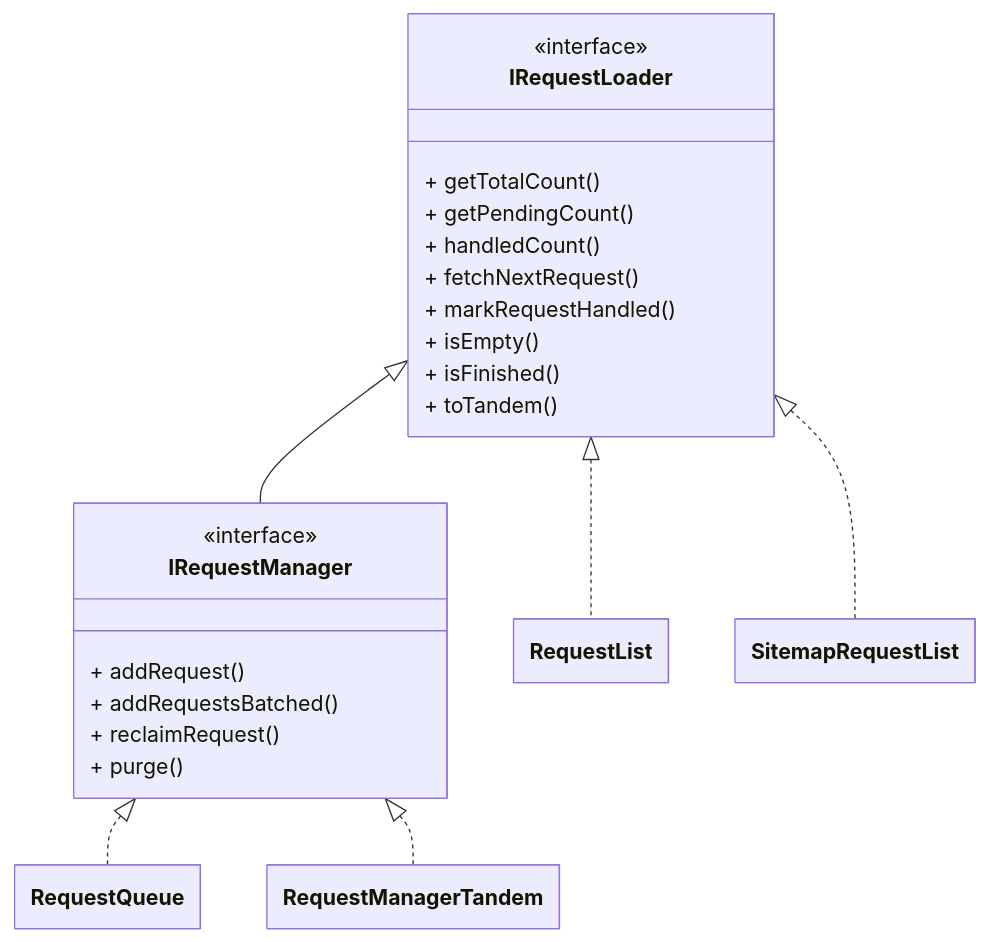
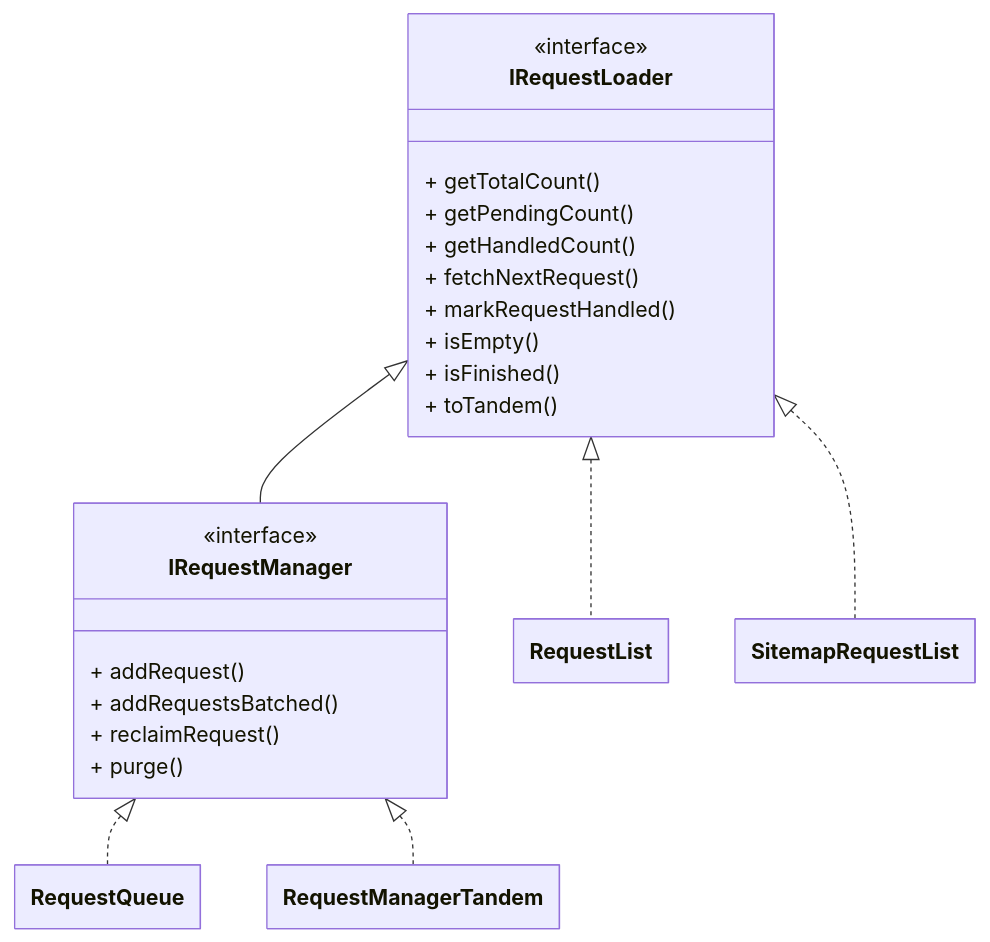
Before and after one commit to apify/crawlee: the diagram in docs/guides/request_loaders.mdx, drawn with Mermaid. The commit also changed 12 other files, not shown here.

Commit message:
handledCount -> getHandledCount

````diff
--- a/docs/guides/request_loaders.mdx
+++ b/docs/guides/request_loaders.mdx
@@ -37,55 +37,55 @@
 ```mermaid
 ---
 config:
     class:
         hideEmptyMembersBox: true
 ---
 
 classDiagram
 
 %% ========================
 %% Abstract interfaces
 %% ========================
 
 class IRequestLoader {
     <<interface>>
     + getTotalCount()
     + getPendingCount()
-    + handledCount()
+    + getHandledCount()
     + fetchNextRequest()
     + markRequestHandled()
     + isEmpty()
     + isFinished()
     + toTandem()
 }
 
 class IRequestManager {
     <<interface>>
     + addRequest()
     + addRequestsBatched()
     + reclaimRequest()
     + purge()
 }
 
 %% ========================
 %% Concrete classes
 %% ========================
 
 class RequestQueue
 
 class RequestList
 
 class SitemapRequestList
 
 class RequestManagerTandem
 
 %% ========================
 %% Inheritance arrows
 %% ========================
 
 IRequestLoader <|-- IRequestManager
 IRequestLoader <|.. RequestList
 IRequestLoader <|.. SitemapRequestList
 IRequestManager <|.. RequestQueue
 IRequestManager <|.. RequestManagerTandem
 ```
````
